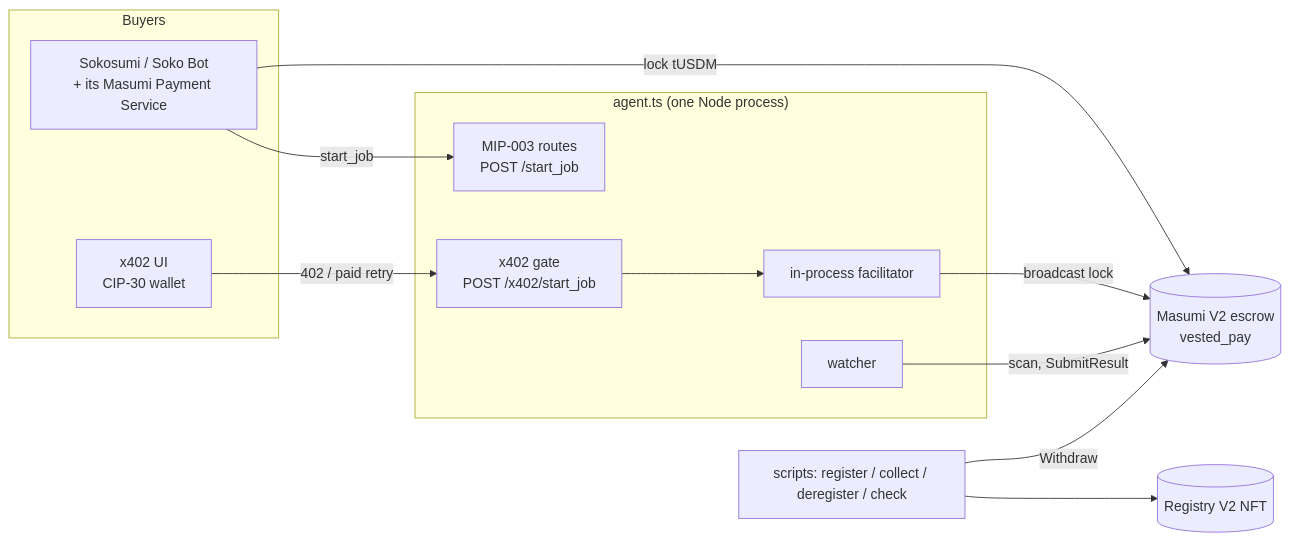
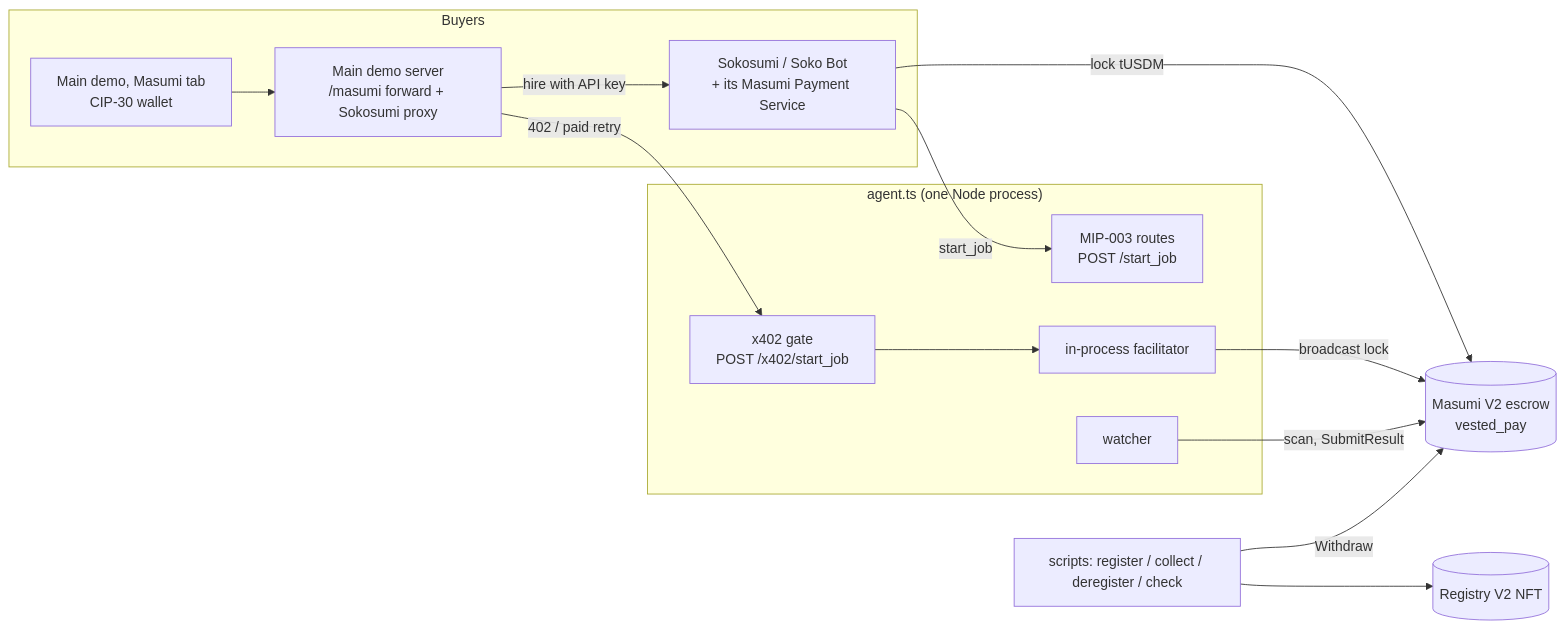
Before and after one commit to cardano-foundation/x402-cardano-demo: the first of 2 diagrams in masumi/docs/DEVELOPER.md, drawn with Mermaid. The commit also changed other lines of this file and 71 other files, not shown here.

Commit message:
feat: integrated masumi into current demo

````diff
--- a/masumi/docs/DEVELOPER.md
+++ b/masumi/docs/DEVELOPER.md
@@ -17,22 +17,24 @@
 ```mermaid
 flowchart LR
   subgraph Buyers
     S[Sokosumi / Soko Bot<br/>+ its Masumi Payment Service]
-    U[x402 UI<br/>CIP-30 wallet]
+    U[Main demo, Masumi tab<br/>CIP-30 wallet]
+    D[Main demo server<br/>/masumi forward + Sokosumi proxy]
   end
   subgraph Agent["agent.ts (one Node process)"]
     M[MIP-003 routes<br/>POST /start_job]
     X[x402 gate<br/>POST /x402/start_job]
     F[in-process facilitator]
     W[watcher]
   end
   E[(Masumi V2 escrow<br/>vested_pay)]
   R[(Registry V2 NFT)]
   S -- start_job --> M
   S -- lock tUSDM --> E
-  U -- 402 / paid retry --> X
+  U --> D -- 402 / paid retry --> X
+  D -- hire with API key --> S
   X --> F -- broadcast lock --> E
   W -- scan, SubmitResult --> E
   CLI[scripts: register / collect / deregister / check] --> R
   CLI -- Withdraw --> E
 ```
````
